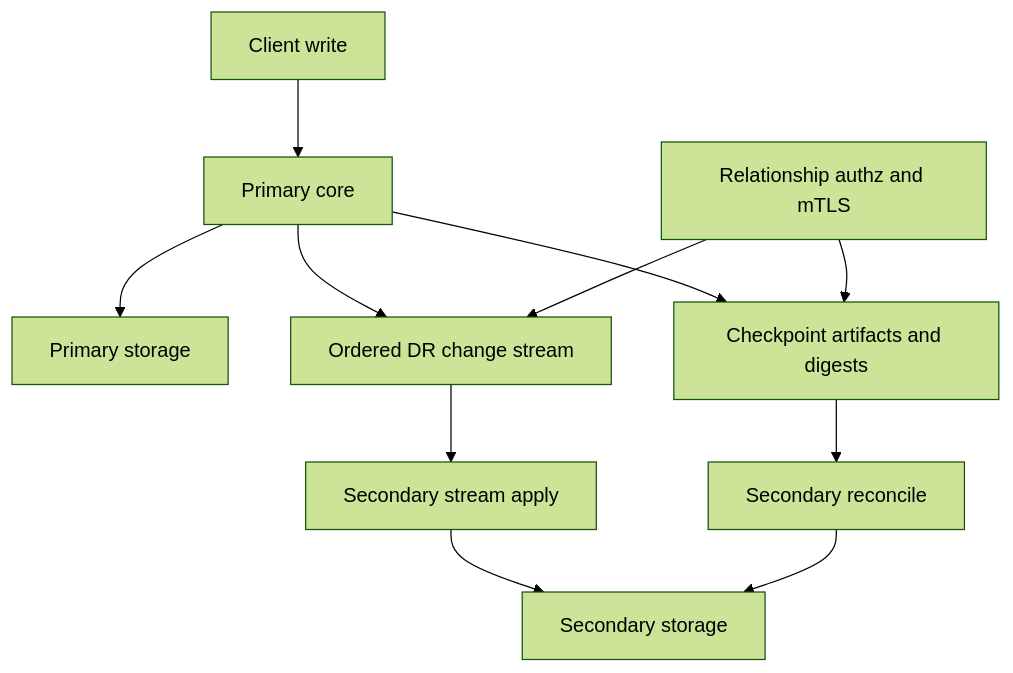
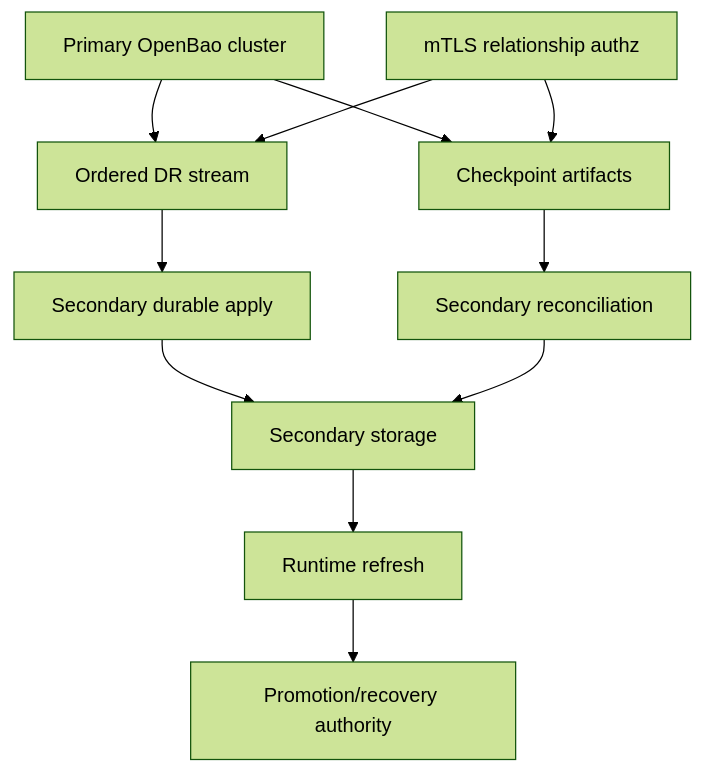
The diagram in RFC_DR_Replication.md (adfinis/openbao), drawn with Mermaid (forest theme) before and after one commit. The commit also changed other lines of this file and 5 other files, not shown here.

````diff
--- a/RFC_DR_Replication.md
+++ b/RFC_DR_Replication.md
@@ -146,15 +161,13 @@
 ```mermaid
-graph TD
-    ClientWrite["Client write"] --> PrimaryCore["Primary core"]
-    PrimaryCore --> PrimaryStorage["Primary storage"]
-    PrimaryCore --> ChangeStream["Ordered DR change stream"]
-    PrimaryCore --> Checkpoints["Checkpoint artifacts and digests"]
-
-    ChangeStream --> SecondaryApply["Secondary stream apply"]
-    Checkpoints --> SecondaryReconcile["Secondary reconcile"]
-    SecondaryApply --> SecondaryStorage["Secondary storage"]
-    SecondaryReconcile --> SecondaryStorage
-
-    Relationship["Relationship authz and mTLS"] --> ChangeStream
-    Relationship --> Checkpoints
+flowchart TD
+    P["Primary OpenBao cluster"] --> S["Ordered DR stream"]
+    P --> C["Checkpoint artifacts"]
+    S --> A["Secondary durable apply"]
+    C --> R["Secondary reconciliation"]
+    A --> ST["Secondary storage"]
+    R --> ST
+    T["mTLS relationship authz"] --> S
+    T --> C
+    ST --> RR["Runtime refresh"]
+    RR --> F["Promotion/recovery authority"]
 ```
````
